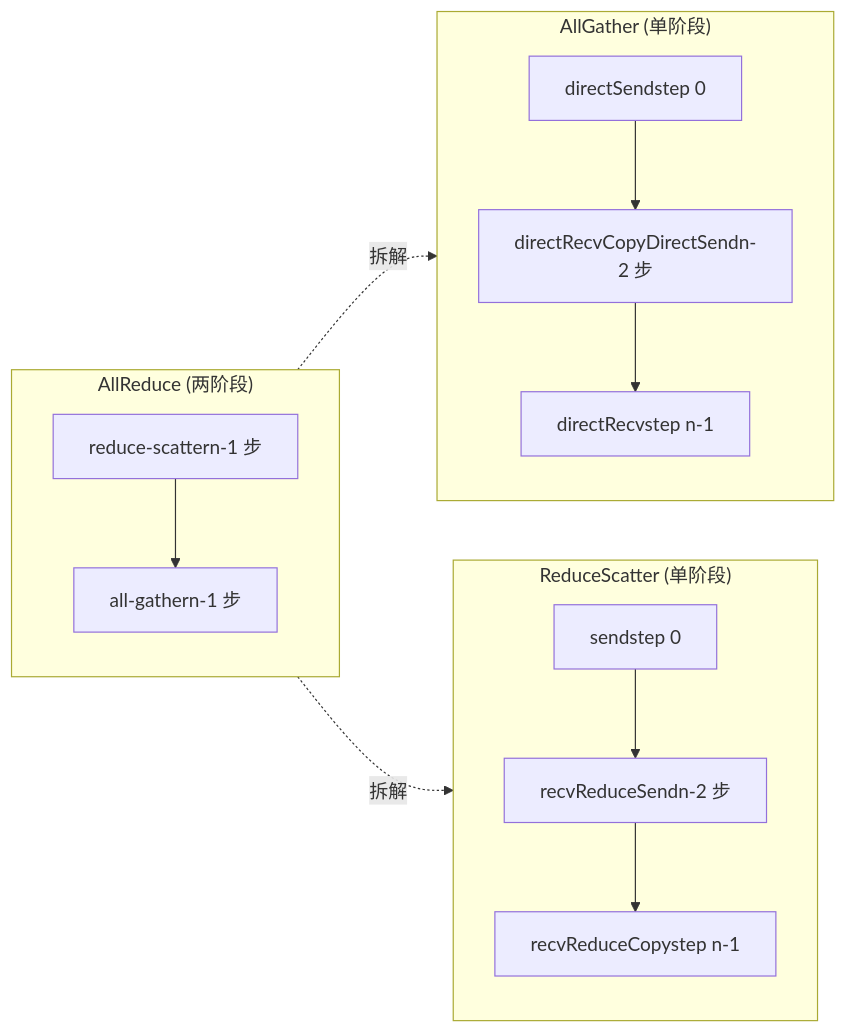
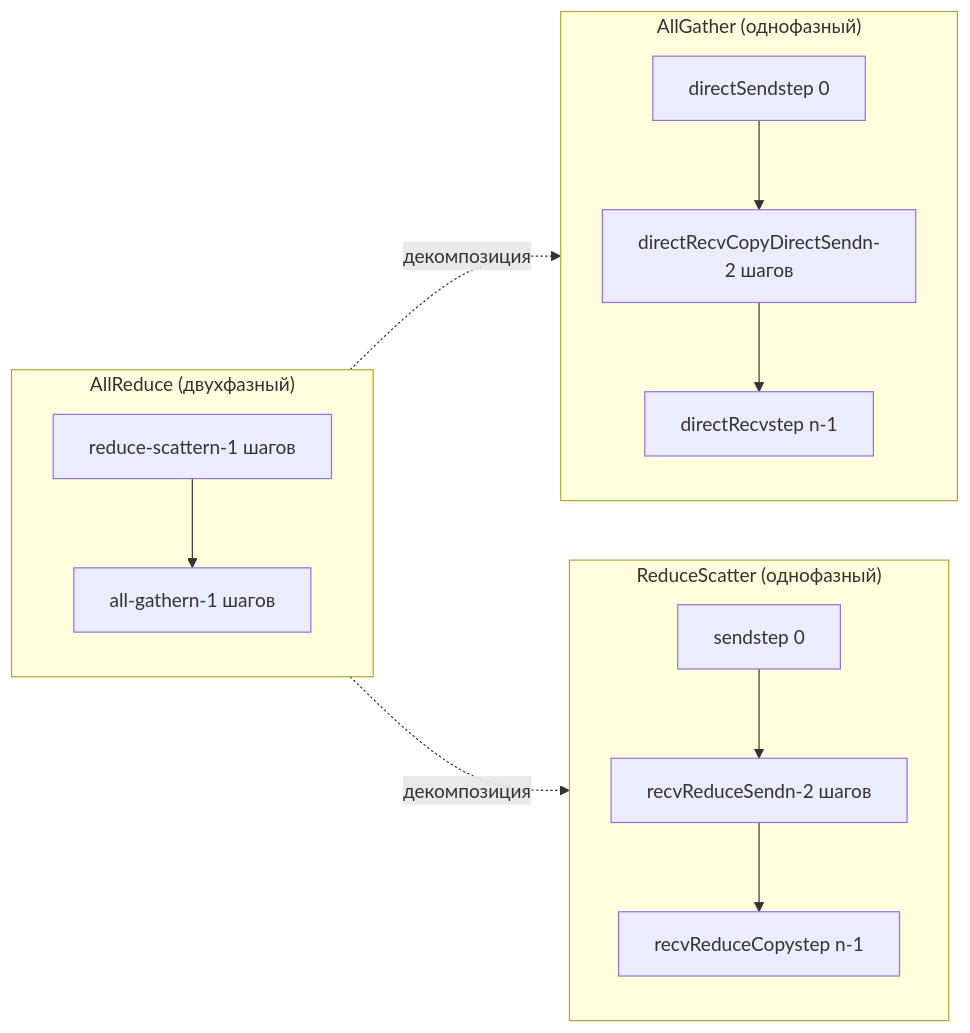
One commit to maleRjc/AiReadCodeBooks changed the first of 2 diagrams in books/nccl/ru/10-collective-kernels-allreduce-allgather.md. Above: the diagram before and after it, drawn with Mermaid. The commit also changed other lines of this file and 74 other files, not shown here.

````diff
--- a/books/nccl/ru/10-collective-kernels-allreduce-allgather.md
+++ b/books/nccl/ru/10-collective-kernels-allreduce-allgather.md
@@ -172,14 +174,14 @@
 ```mermaid
 flowchart LR
-    subgraph AllReduce["AllReduce (两阶段)"]
-        A1["reduce-scattern-1 步"] --> A2["all-gathern-1 步"]
+    subgraph AllReduce["AllReduce (двухфазный)"]
+        A1["reduce-scattern-1 шагов"] --> A2["all-gathern-1 шагов"]
     end
-    subgraph AG["AllGather (单阶段)"]
-        B1["directSendstep 0"] --> B2["directRecvCopyDirectSendn-2 步"] --> B3["directRecvstep n-1"]
+    subgraph AG["AllGather (однофазный)"]
+        B1["directSendstep 0"] --> B2["directRecvCopyDirectSendn-2 шагов"] --> B3["directRecvstep n-1"]
     end
-    subgraph RS["ReduceScatter (单阶段)"]
-        C1["sendstep 0"] --> C2["recvReduceSendn-2 步"] --> C3["recvReduceCopystep n-1"]
+    subgraph RS["ReduceScatter (однофазный)"]
+        C1["sendstep 0"] --> C2["recvReduceSendn-2 шагов"] --> C3["recvReduceCopystep n-1"]
     end
-    AllReduce -.->|"拆解"| AG
-    AllReduce -.->|"拆解"| RS
+    AllReduce -.->|"декомпозиция"| AG
+    AllReduce -.->|"декомпозиция"| RS
 ```
````
